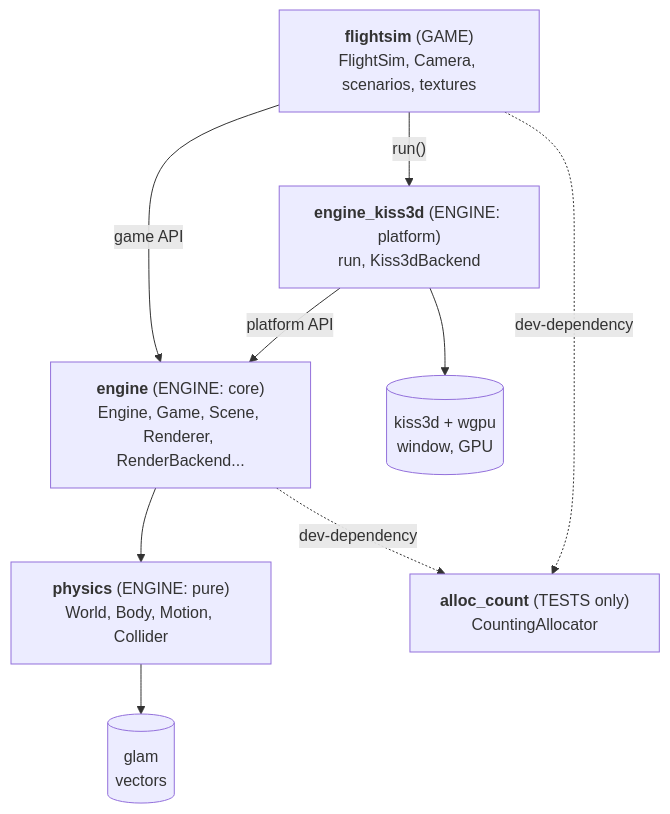
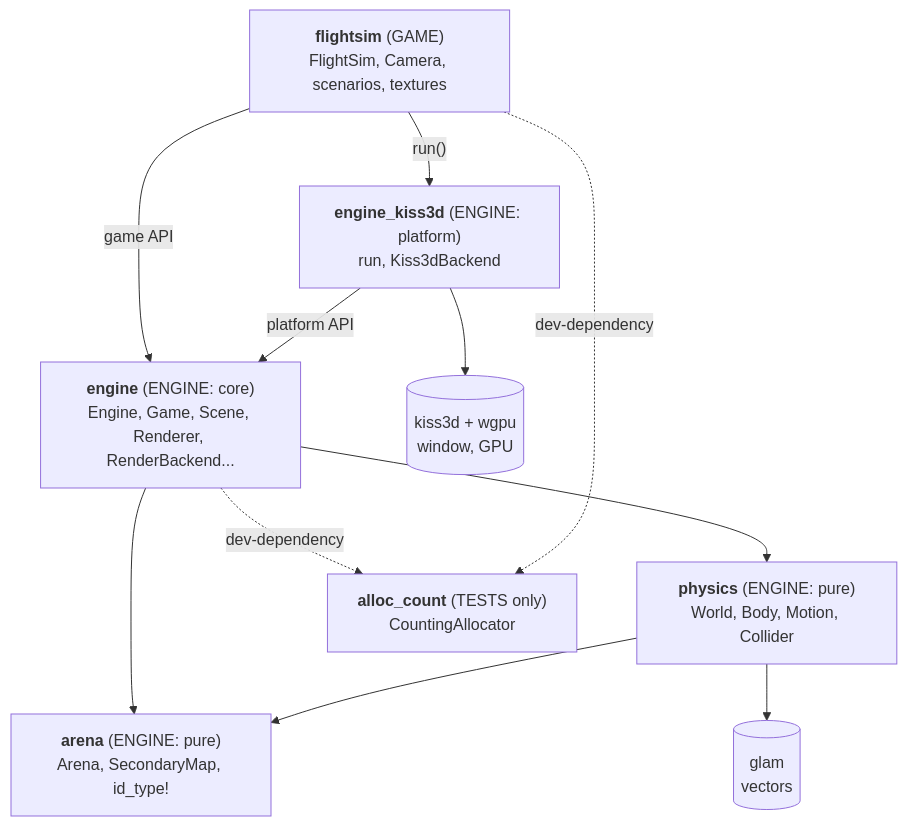
One commit to fterrier/flightsim changed the first of 6 diagrams in ARCHITECTURE.md. Above: the diagram before and after it, drawn with Mermaid. The commit also changed other lines of this file and 4 other files, not shown here.

````diff
--- a/ARCHITECTURE.md
+++ b/ARCHITECTURE.md
@@ -21,19 +21,22 @@
 ```mermaid
 flowchart TD
     flightsim["<b>flightsim</b> (GAME)<br/>FlightSim, Camera, scenarios, textures"]
     kiss3d_crate["<b>engine_kiss3d</b> (ENGINE: platform)<br/>run, Kiss3dBackend"]
     engine["<b>engine</b> (ENGINE: core)<br/>Engine, Game, Scene, Renderer, RenderBackend..."]
     physics["<b>physics</b> (ENGINE: pure)<br/>World, Body, Motion, Collider"]
+    arena["<b>arena</b> (ENGINE: pure)<br/>Arena, SecondaryMap, id_type!"]
     alloc["<b>alloc_count</b> (TESTS only)<br/>CountingAllocator"]
     kiss3d[("kiss3d + wgpu<br/>window, GPU")]
     glam[("glam<br/>vectors")]
 
     flightsim -->|"game API"| engine
     flightsim -->|"run()"| kiss3d_crate
     kiss3d_crate -->|"platform API"| engine
     kiss3d_crate --> kiss3d
     engine --> physics
+    engine --> arena
+    physics --> arena
     physics --> glam
     engine -.->|"dev-dependency"| alloc
     flightsim -.->|"dev-dependency"| alloc
 ```
````
